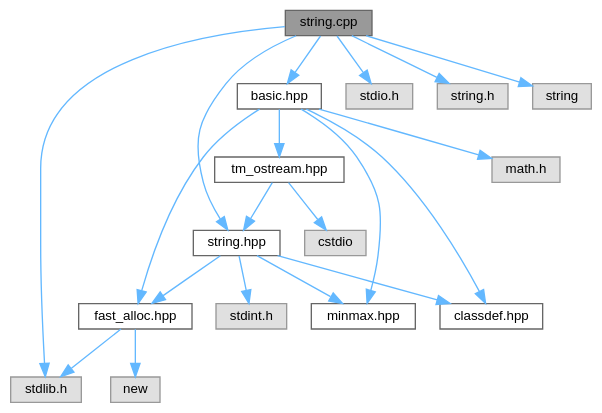
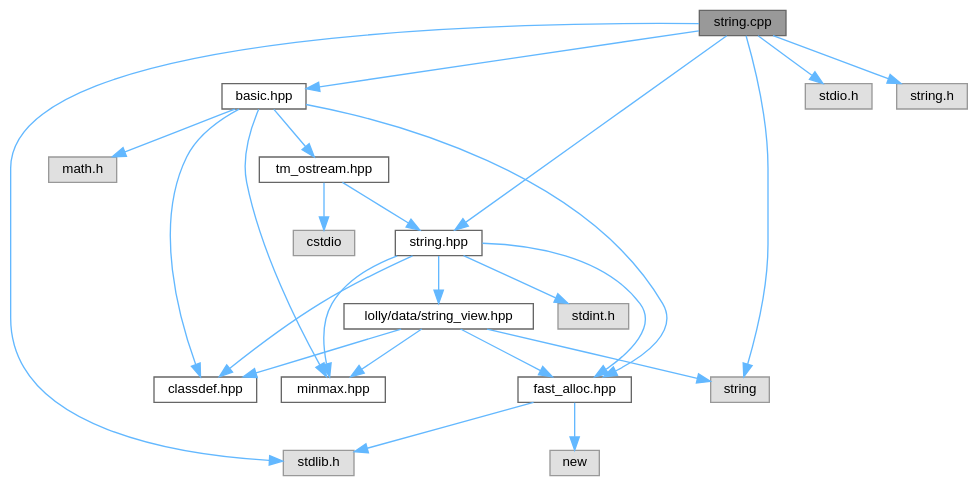
One commit to XmacsLabs/lolly changed the diagram in string_8cpp__incl.dot. Above: the diagram before and after it, drawn with Graphviz. The commit also changed 949 other files, not shown here.

```diff
--- a/string_8cpp__incl.dot
+++ b/string_8cpp__incl.dot
@@ -1,41 +1,47 @@
 digraph "string.cpp"
 {
  // LATEX_PDF_SIZE
   bgcolor="transparent";
   edge [fontname=Helvetica,fontsize=10,labelfontname=Helvetica,labelfontsize=10];
   node [fontname=Helvetica,fontsize=10,shape=box,height=0.2,width=0.4];
   Node1 [id="Node000001",label="string.cpp",height=0.2,width=0.4,color="gray40", fillcolor="grey60", style="filled", fontcolor="black",tooltip=" "];
   Node1 -> Node2 [id="edge1_Node000001_Node000002",color="steelblue1",style="solid",tooltip=" "];
   Node2 [id="Node000002",label="string.hpp",height=0.2,width=0.4,color="grey40", fillcolor="white", style="filled",URL="$string_8hpp.html",tooltip=" "];
   Node2 -> Node3 [id="edge2_Node000002_Node000003",color="steelblue1",style="solid",tooltip=" "];
   Node3 [id="Node000003",label="classdef.hpp",height=0.2,width=0.4,color="grey40", fillcolor="white", style="filled",URL="$classdef_8hpp.html",tooltip=" "];
   Node2 -> Node4 [id="edge3_Node000002_Node000004",color="steelblue1",style="solid",tooltip=" "];
   Node4 [id="Node000004",label="fast_alloc.hpp",height=0.2,width=0.4,color="grey40", fillcolor="white", style="filled",URL="$fast__alloc_8hpp.html",tooltip=" "];
   Node4 -> Node5 [id="edge4_Node000004_Node000005",color="steelblue1",style="solid",tooltip=" "];
   Node5 [id="Node000005",label="stdlib.h",height=0.2,width=0.4,color="grey60", fillcolor="#E0E0E0", style="filled",tooltip=" "];
   Node4 -> Node6 [id="edge5_Node000004_Node000006",color="steelblue1",style="solid",tooltip=" "];
   Node6 [id="Node000006",label="new",height=0.2,width=0.4,color="grey60", fillcolor="#E0E0E0", style="filled",tooltip=" "];
   Node2 -> Node7 [id="edge6_Node000002_Node000007",color="steelblue1",style="solid",tooltip=" "];
-  Node7 [id="Node000007",label="minmax.hpp",height=0.2,width=0.4,color="grey40", fillcolor="white", style="filled",URL="$minmax_8hpp.html",tooltip=" "];
-  Node2 -> Node8 [id="edge7_Node000002_Node000008",color="steelblue1",style="solid",tooltip=" "];
-  Node8 [id="Node000008",label="stdint.h",height=0.2,width=0.4,color="grey60", fillcolor="#E0E0E0", style="filled",tooltip=" "];
-  Node1 -> Node9 [id="edge8_Node000001_Node000009",color="steelblue1",style="solid",tooltip=" "];
-  Node9 [id="Node000009",label="basic.hpp",height=0.2,width=0.4,color="grey40", fillcolor="white", style="filled",URL="$basic_8hpp.html",tooltip=" "];
-  Node9 -> Node3 [id="edge9_Node000009_Node000003",color="steelblue1",style="solid",tooltip=" "];
-  Node9 -> Node4 [id="edge10_Node000009_Node000004",color="steelblue1",style="solid",tooltip=" "];
-  Node9 -> Node7 [id="edge11_Node000009_Node000007",color="steelblue1",style="solid",tooltip=" "];
-  Node9 -> Node10 [id="edge12_Node000009_Node000010",color="steelblue1",style="solid",tooltip=" "];
-  Node10 [id="Node000010",label="tm_ostream.hpp",height=0.2,width=0.4,color="grey40", fillcolor="white", style="filled",URL="$tm__ostream_8hpp.html",tooltip=" "];
-  Node10 -> Node2 [id="edge13_Node000010_Node000002",color="steelblue1",style="solid",tooltip=" "];
-  Node10 -> Node11 [id="edge14_Node000010_Node000011",color="steelblue1",style="solid",tooltip=" "];
-  Node11 [id="Node000011",label="cstdio",height=0.2,width=0.4,color="grey60", fillcolor="#E0E0E0", style="filled",tooltip=" "];
-  Node9 -> Node12 [id="edge15_Node000009_Node000012",color="steelblue1",style="solid",tooltip=" "];
-  Node12 [id="Node000012",label="math.h",height=0.2,width=0.4,color="grey60", fillcolor="#E0E0E0", style="filled",tooltip=" "];
-  Node1 -> Node13 [id="edge16_Node000001_Node000013",color="steelblue1",style="solid",tooltip=" "];
-  Node13 [id="Node000013",label="stdio.h",height=0.2,width=0.4,color="grey60", fillcolor="#E0E0E0", style="filled",tooltip=" "];
-  Node1 -> Node5 [id="edge17_Node000001_Node000005",color="steelblue1",style="solid",tooltip=" "];
-  Node1 -> Node14 [id="edge18_Node000001_Node000014",color="steelblue1",style="solid",tooltip=" "];
-  Node14 [id="Node000014",label="string.h",height=0.2,width=0.4,color="grey60", fillcolor="#E0E0E0", style="filled",tooltip=" "];
-  Node1 -> Node15 [id="edge19_Node000001_Node000015",color="steelblue1",style="solid",tooltip=" "];
-  Node15 [id="Node000015",label="string",height=0.2,width=0.4,color="grey60", fillcolor="#E0E0E0", style="filled",tooltip=" "];
+  Node7 [id="Node000007",label="lolly/data/string_view.hpp",height=0.2,width=0.4,color="grey40", fillcolor="white", style="filled",URL="$string__view_8hpp.html",tooltip=" "];
+  Node7 -> Node3 [id="edge7_Node000007_Node000003",color="steelblue1",style="solid",tooltip=" "];
+  Node7 -> Node4 [id="edge8_Node000007_Node000004",color="steelblue1",style="solid",tooltip=" "];
+  Node7 -> Node8 [id="edge9_Node000007_Node000008",color="steelblue1",style="solid",tooltip=" "];
+  Node8 [id="Node000008",label="minmax.hpp",height=0.2,width=0.4,color="grey40", fillcolor="white", style="filled",URL="$minmax_8hpp.html",tooltip=" "];
+  Node7 -> Node9 [id="edge10_Node000007_Node000009",color="steelblue1",style="solid",tooltip=" "];
+  Node9 [id="Node000009",label="string",height=0.2,width=0.4,color="grey60", fillcolor="#E0E0E0", style="filled",tooltip=" "];
+  Node2 -> Node8 [id="edge11_Node000002_Node000008",color="steelblue1",style="solid",tooltip=" "];
+  Node2 -> Node10 [id="edge12_Node000002_Node000010",color="steelblue1",style="solid",tooltip=" "];
+  Node10 [id="Node000010",label="stdint.h",height=0.2,width=0.4,color="grey60", fillcolor="#E0E0E0", style="filled",tooltip=" "];
+  Node1 -> Node11 [id="edge13_Node000001_Node000011",color="steelblue1",style="solid",tooltip=" "];
+  Node11 [id="Node000011",label="basic.hpp",height=0.2,width=0.4,color="grey40", fillcolor="white", style="filled",URL="$basic_8hpp.html",tooltip=" "];
+  Node11 -> Node3 [id="edge14_Node000011_Node000003",color="steelblue1",style="solid",tooltip=" "];
+  Node11 -> Node4 [id="edge15_Node000011_Node000004",color="steelblue1",style="solid",tooltip=" "];
+  Node11 -> Node8 [id="edge16_Node000011_Node000008",color="steelblue1",style="solid",tooltip=" "];
+  Node11 -> Node12 [id="edge17_Node000011_Node000012",color="steelblue1",style="solid",tooltip=" "];
+  Node12 [id="Node000012",label="tm_ostream.hpp",height=0.2,width=0.4,color="grey40", fillcolor="white", style="filled",URL="$tm__ostream_8hpp.html",tooltip=" "];
+  Node12 -> Node2 [id="edge18_Node000012_Node000002",color="steelblue1",style="solid",tooltip=" "];
+  Node12 -> Node13 [id="edge19_Node000012_Node000013",color="steelblue1",style="solid",tooltip=" "];
+  Node13 [id="Node000013",label="cstdio",height=0.2,width=0.4,color="grey60", fillcolor="#E0E0E0", style="filled",tooltip=" "];
+  Node11 -> Node14 [id="edge20_Node000011_Node000014",color="steelblue1",style="solid",tooltip=" "];
+  Node14 [id="Node000014",label="math.h",height=0.2,width=0.4,color="grey60", fillcolor="#E0E0E0", style="filled",tooltip=" "];
+  Node1 -> Node15 [id="edge21_Node000001_Node000015",color="steelblue1",style="solid",tooltip=" "];
+  Node15 [id="Node000015",label="stdio.h",height=0.2,width=0.4,color="grey60", fillcolor="#E0E0E0", style="filled",tooltip=" "];
+  Node1 -> Node5 [id="edge22_Node000001_Node000005",color="steelblue1",style="solid",tooltip=" "];
+  Node1 -> Node16 [id="edge23_Node000001_Node000016",color="steelblue1",style="solid",tooltip=" "];
+  Node16 [id="Node000016",label="string.h",height=0.2,width=0.4,color="grey60", fillcolor="#E0E0E0", style="filled",tooltip=" "];
+  Node1 -> Node9 [id="edge24_Node000001_Node000009",color="steelblue1",style="solid",tooltip=" "];
 }
```
